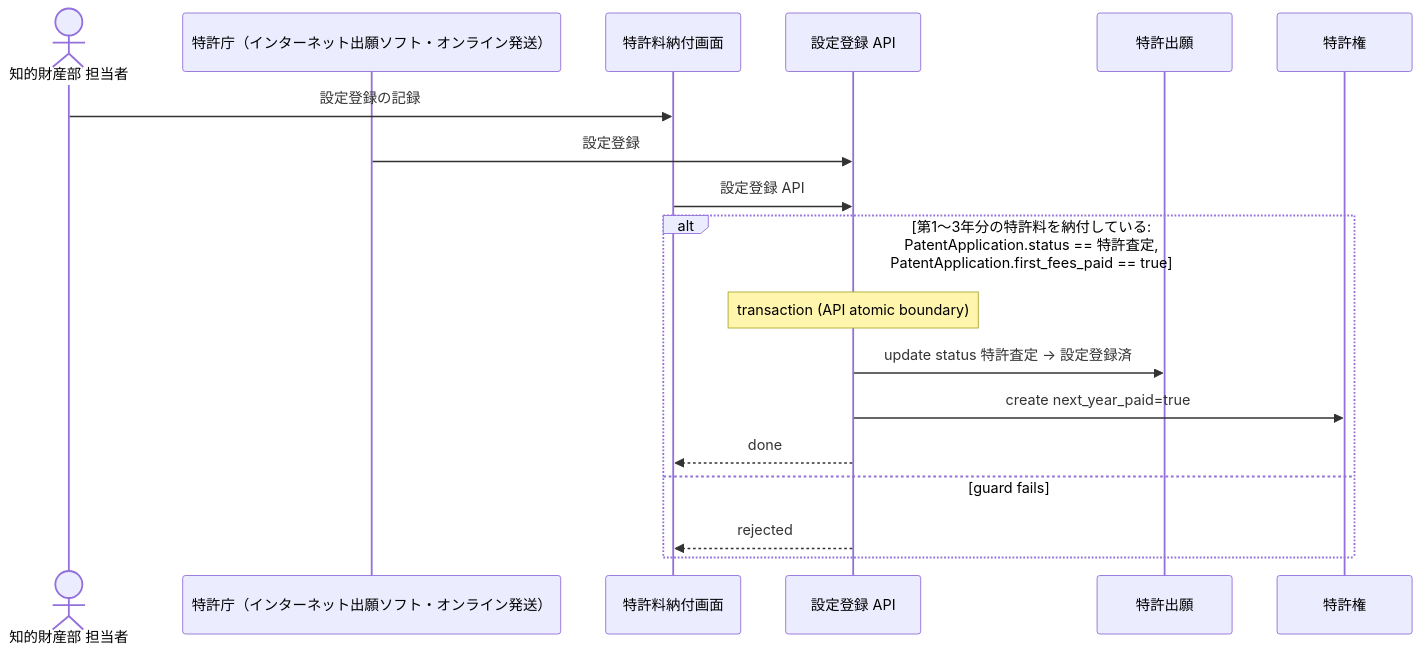
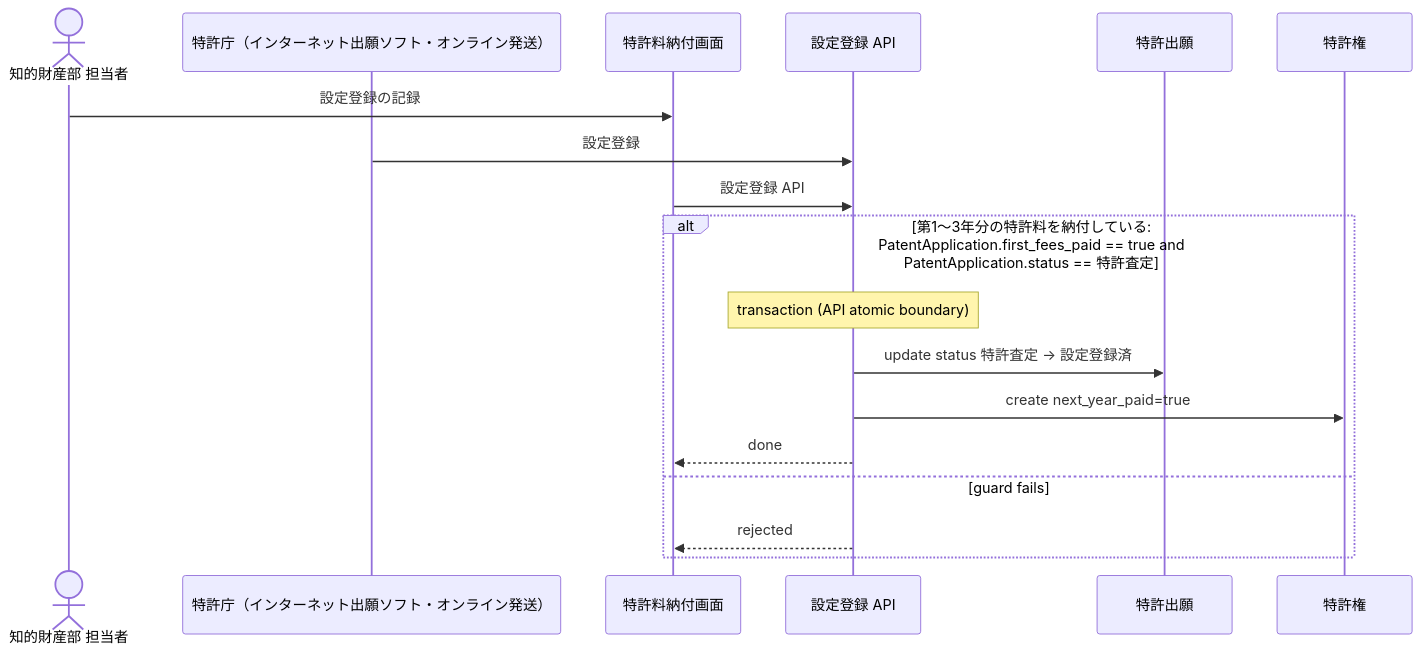
One commit to manji-0/rdra-ish-dsl changed the diagram in samples/patent-ops/out/uc/sequence_RecordRegistration.mmd. Above: the diagram before and after it, drawn with Mermaid. The commit also changed 19 other files, not shown here.

```diff
--- a/samples/patent-ops/out/uc/sequence_RecordRegistration.mmd
+++ b/samples/patent-ops/out/uc/sequence_RecordRegistration.mmd
@@ -1,21 +1,21 @@
 %% rdra-ish diagram=sequence scope=usecase:RecordRegistration model=samples/patent-ops
 %% kinds: actor extsystem screen api entity
 %% omitted: buc step medium permission event condition
 sequenceDiagram
   actor actor__IpStaff as 知的財産部 担当者
   participant extsystem__Jpo as 特許庁（インターネット出願ソフト・オンライン発送）
   participant screen__FeePaymentScreen as 特許料納付画面
   participant api__RegistrationApi as 設定登録 API
   participant entity__PatentApplication as 特許出願
   participant entity__Patent as 特許権
   actor__IpStaff ->> screen__FeePaymentScreen: 設定登録の記録
   extsystem__Jpo ->> api__RegistrationApi: 設定登録
   screen__FeePaymentScreen ->> api__RegistrationApi: 設定登録 API
-  alt 第1〜3年分の特許料を納付している: PatentApplication.status == 特許査定, PatentApplication.first_fees_paid == true
+  alt 第1〜3年分の特許料を納付している: PatentApplication.first_fees_paid == true and PatentApplication.status == 特許査定
     Note over api__RegistrationApi: transaction (API atomic boundary)
     api__RegistrationApi ->> entity__PatentApplication: update status 特許査定 -> 設定登録済
     api__RegistrationApi ->> entity__Patent: create next_year_paid=true
     api__RegistrationApi -->> screen__FeePaymentScreen: done
   else guard fails
     api__RegistrationApi -->> screen__FeePaymentScreen: rejected
   end
```
